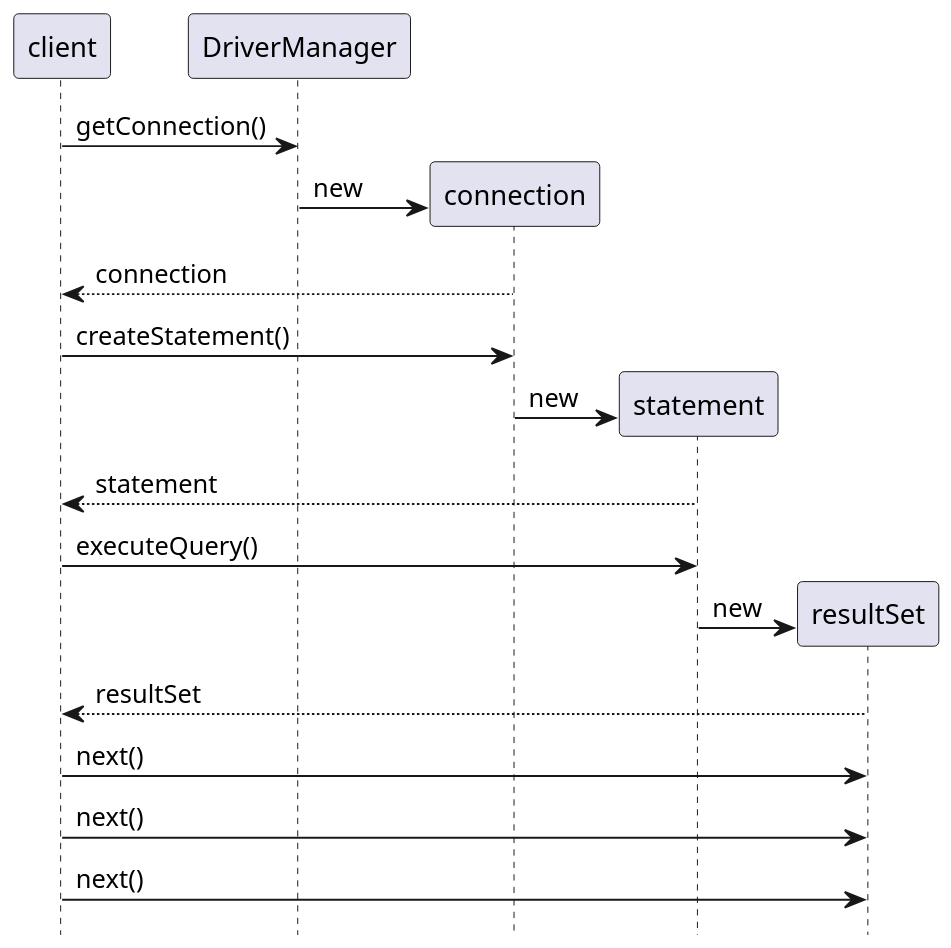
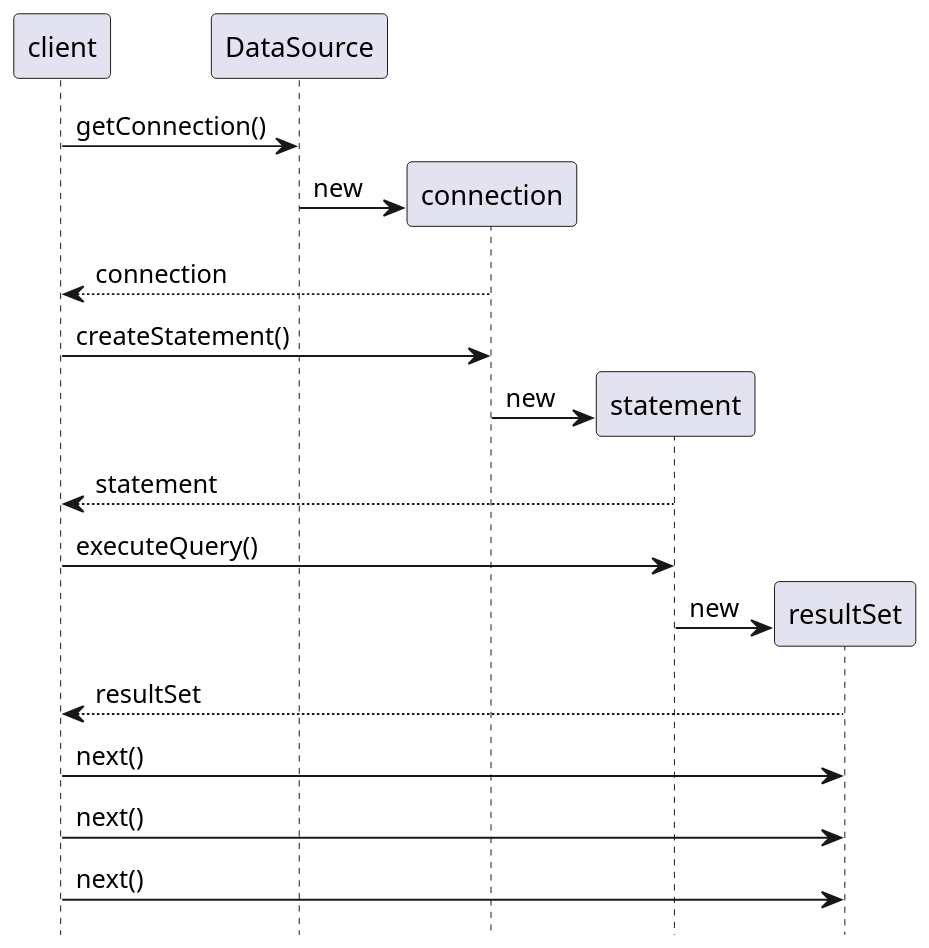
One commit to inponomarev/java-mipt changed the second of 7 diagrams in slides08/src/main/asciidoc/lecture.adoc. Above: the diagram before and after it, drawn with PlantUML. The commit also changed other lines of this file and 1 other file, not shown here.

```diff
--- a/slides08/src/main/asciidoc/lecture.adoc
+++ b/slides08/src/main/asciidoc/lecture.adoc
@@ -89,21 +89,21 @@
 [plantuml, sequence, png]
 ----
 skinparam dpi 150
 hide footbox
-client->DriverManager : getConnection()
-DriverManager -> connection **: new
+client-> DataSource : getConnection()
+DataSource -> connection **: new
 
 connection-->client: connection
 
 client->connection: createStatement()
 connection->statement **:new
 statement-->client: statement
 
 client->statement: executeQuery()
 statement->resultSet **:new
 resultSet-->client: resultSet
 
 client->resultSet: next()
 client->resultSet: next()
 client->resultSet: next()
 ----
```
